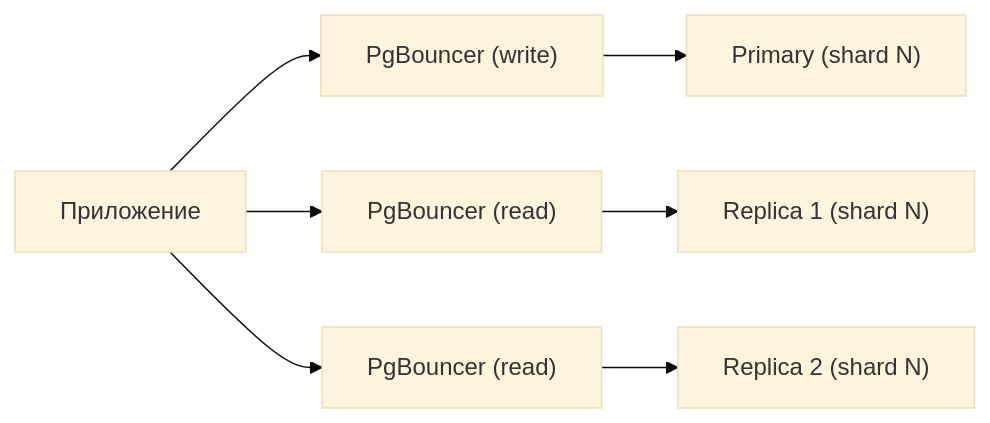
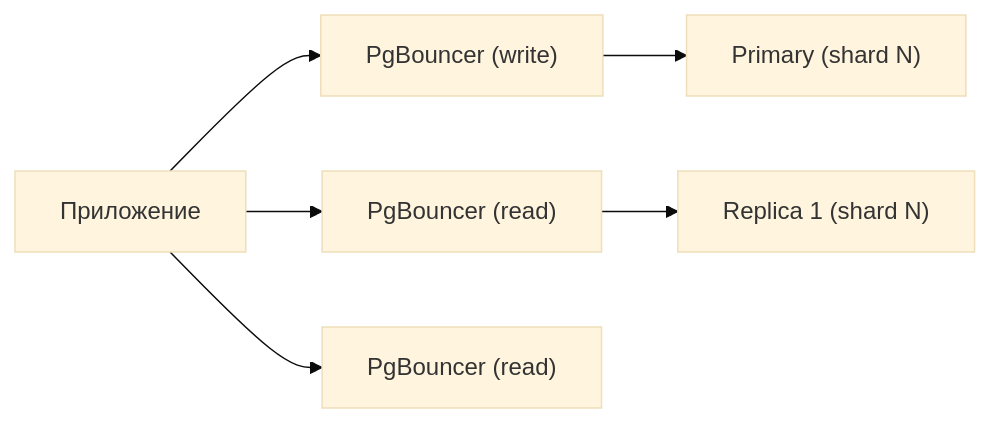
Before and after one commit to kolenkoal/Designing-High-Load-Systems: the fifth of 6 diagrams in README.md, drawn with Mermaid (base theme).

````diff
--- a/README.md
+++ b/README.md
@@ -943,10 +943,9 @@
 ```mermaid
 flowchart LR
     APP[Приложение]
     APP --> PB_W["PgBouncer (write)"]
     APP --> PB_R1["PgBouncer (read)"]
     APP --> PB_R2["PgBouncer (read)"]
     PB_W --> PRI["Primary (shard N)"]
     PB_R1 --> REP1["Replica 1 (shard N)"]
-    PB_R2 --> REP2["Replica 2 (shard N)"]
 ```
````
